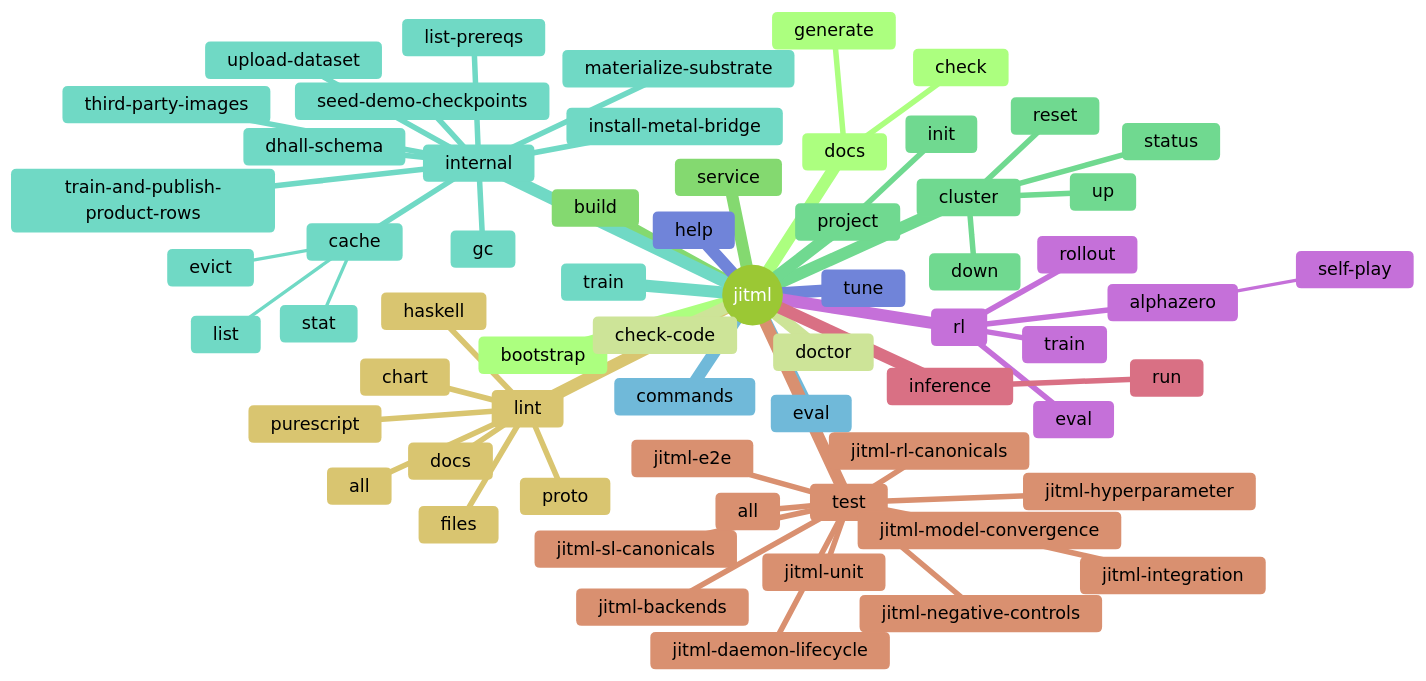
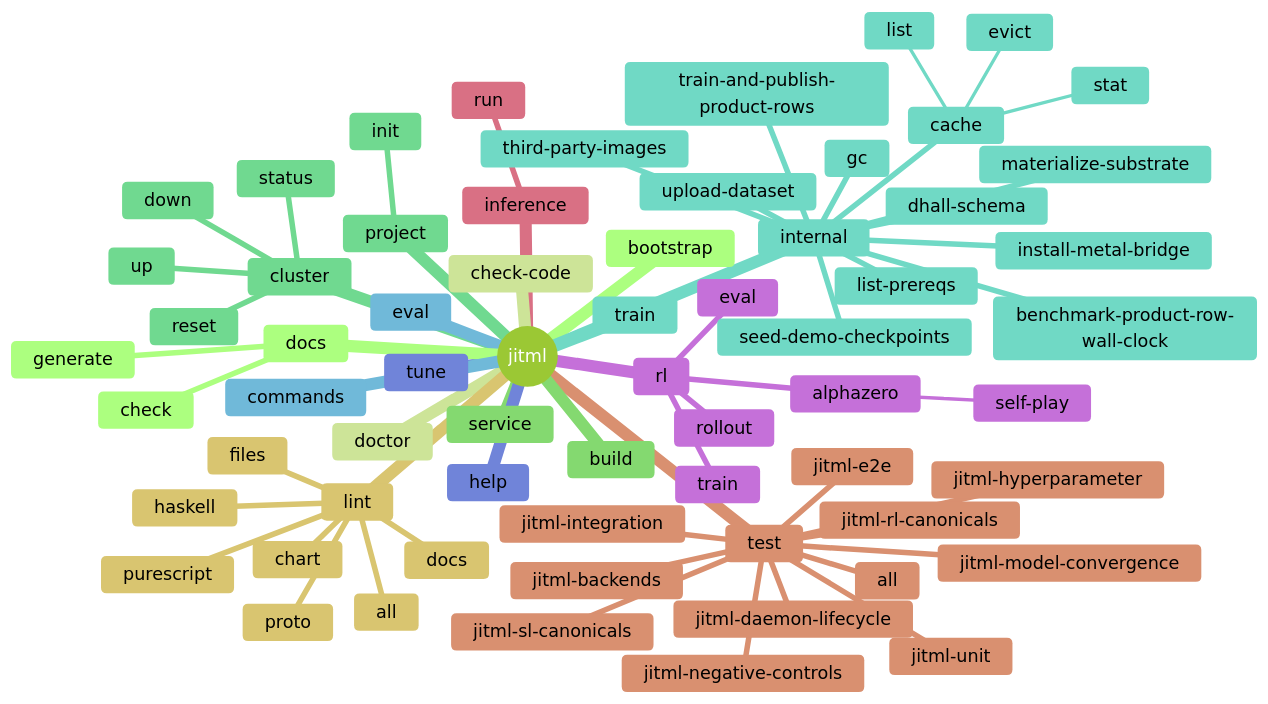
One commit to Tuee22/jitML changed the first of 4 diagrams in README.md. Above: the diagram before and after it, drawn with Mermaid (forest theme). The commit also changed other lines of this file and 53 other files, not shown here.

````diff
--- a/README.md
+++ b/README.md
@@ -945,66 +944,67 @@
 ```mermaid
 mindmap
   root((jitml))
     bootstrap
     doctor
     service
     cluster
       up
       down
       status
       reset
     train
     eval
     tune
     rl
       train
       eval
       rollout
       alphazero
         self-play
     inference
       run
     test
       all
       jitml-unit
       jitml-integration
       jitml-sl-canonicals
       jitml-rl-canonicals
       jitml-hyperparameter
       jitml-backends
       jitml-daemon-lifecycle
       jitml-e2e
       jitml-negative-controls
       jitml-model-convergence
     lint
       files
       docs
       proto
       chart
       haskell
       purescript
       all
     docs
       check
       generate
     check-code
     build
     project
       init
     internal
       materialize-substrate
       list-prereqs
       install-metal-bridge
       upload-dataset
       seed-demo-checkpoints
       train-and-publish-product-rows
+      benchmark-product-row-wall-clock
       dhall-schema
       third-party-images
       gc
       cache
         stat
         list
         evict
     commands
     help
 ```
````
